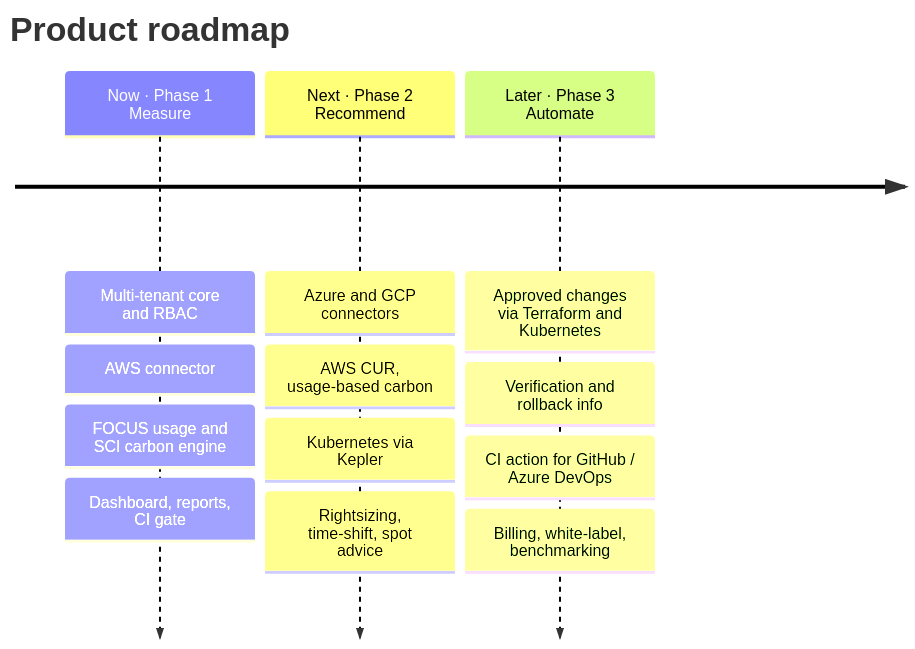
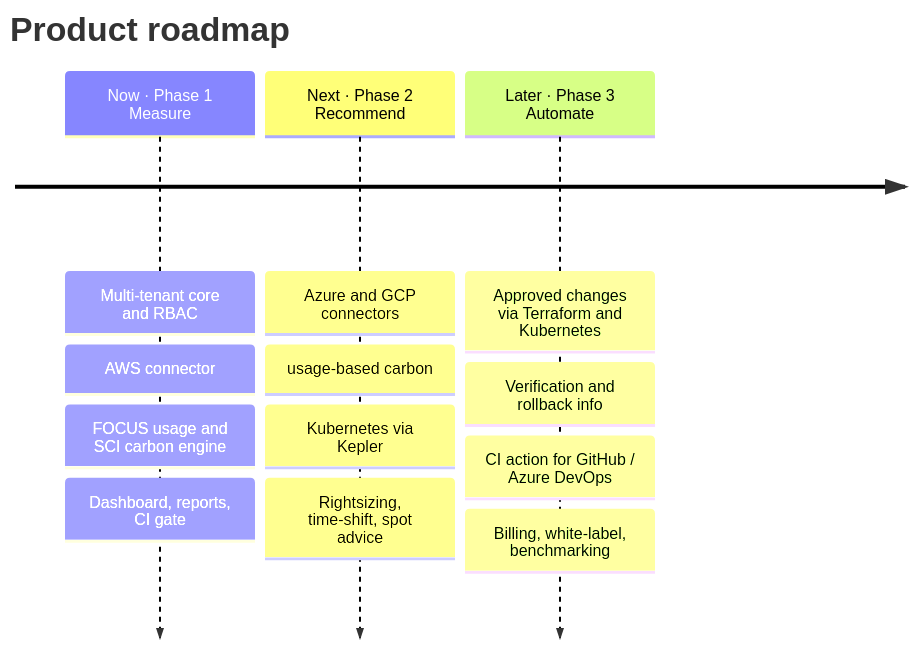
The diagram in README.md (Quixgit/greenops-reliabilix), drawn with Mermaid before and after one commit. The commit also changed other lines of this file and 36 other files, not shown here.

````diff
--- a/README.md
+++ b/README.md
@@ -84,7 +84,7 @@
 ```mermaid
 timeline
     title Product roadmap
     Now · Phase 1 Measure : Multi-tenant core and RBAC : AWS connector : FOCUS usage and SCI carbon engine : Dashboard, reports, CI gate
-    Next · Phase 2 Recommend : Azure and GCP connectors : AWS CUR, usage-based carbon : Kubernetes via Kepler : Rightsizing, time-shift, spot advice
+    Next · Phase 2 Recommend : Azure and GCP connectors :  usage-based carbon : Kubernetes via Kepler : Rightsizing, time-shift, spot advice
     Later · Phase 3 Automate : Approved changes via Terraform and Kubernetes : Verification and rollback info : CI action for GitHub / Azure DevOps : Billing, white-label, benchmarking
 ```
````
